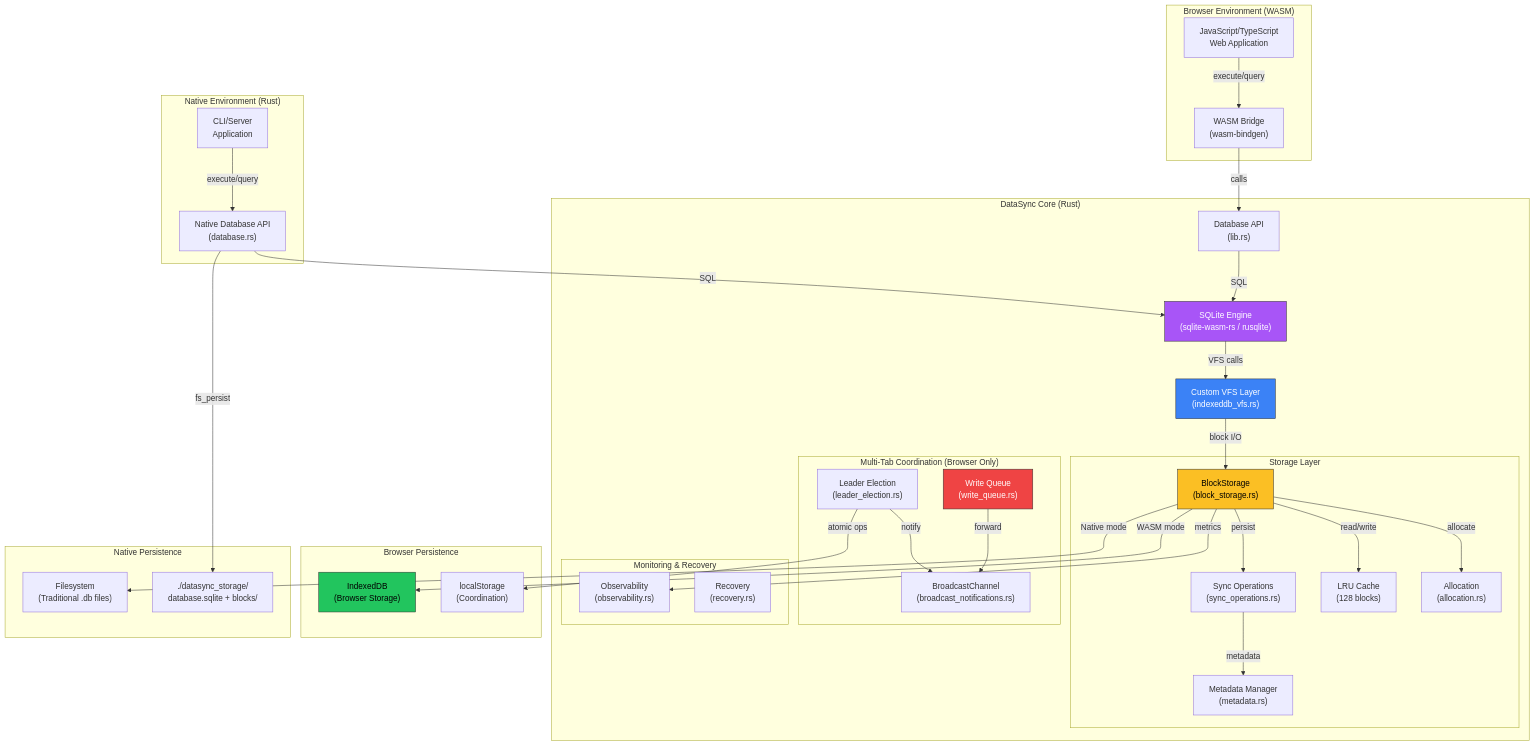
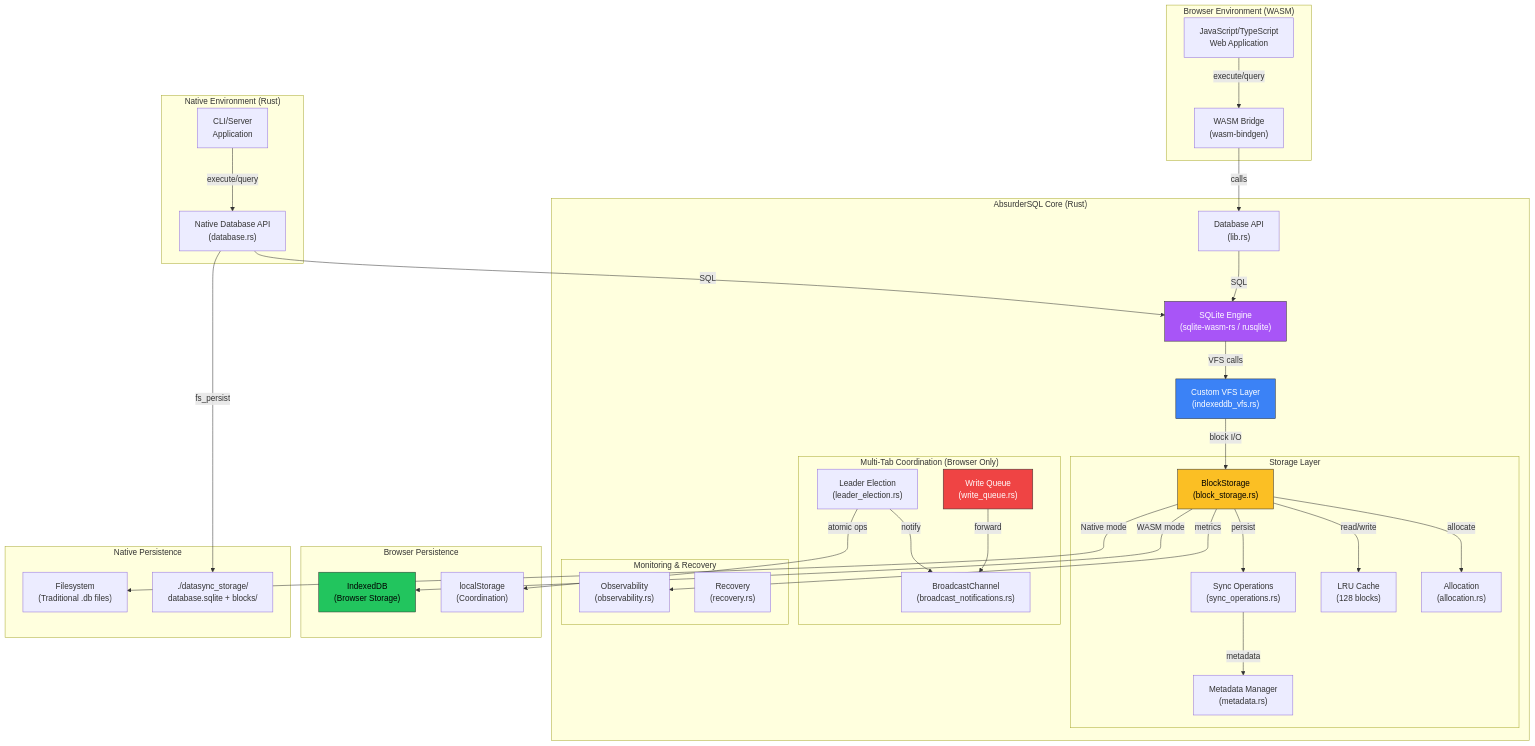
The diagram in README.md (npiesco/absurder-sql), drawn with Mermaid before and after one commit. The commit also changed other lines of this file and 94 other files, not shown here.

First line of the commit message:
feat: rename project from sqlite-indexeddb-rs to absurder-sql

````diff
--- a/README.md
+++ b/README.md
@@ -21,72 +23,72 @@
 ```mermaid
 graph TB
     subgraph "Browser Environment (WASM)"
         JS["JavaScript/TypeScript<br/>Web Application"]
         WASM["WASM Bridge<br/>(wasm-bindgen)"]
     end
     
     subgraph "Native Environment (Rust)"
         CLI["CLI/Server<br/>Application"]
         NATIVE_DB["Native Database API<br/>(database.rs)"]
     end
     
-    subgraph "DataSync Core (Rust)"
+    subgraph "AbsurderSQL Core (Rust)"
         DB["Database API<br/>(lib.rs)"]
         SQLITE["SQLite Engine<br/>(sqlite-wasm-rs / rusqlite)"]
         VFS["Custom VFS Layer<br/>(indexeddb_vfs.rs)"]
         
         subgraph "Storage Layer"
             BS["BlockStorage<br/>(block_storage.rs)"]
             SYNC["Sync Operations<br/>(sync_operations.rs)"]
             META["Metadata Manager<br/>(metadata.rs)"]
             CACHE["LRU Cache<br/>(128 blocks)"]
             ALLOC["Allocation<br/>(allocation.rs)"]
         end
         
         subgraph "Multi-Tab Coordination (Browser Only)"
             LEADER["Leader Election<br/>(leader_election.rs)"]
             BCAST["BroadcastChannel<br/>(broadcast_notifications.rs)"]
             QUEUE["Write Queue<br/>(write_queue.rs)"]
         end
         
         subgraph "Monitoring & Recovery"
             OBS["Observability<br/>(observability.rs)"]
             RECOVERY["Recovery<br/>(recovery.rs)"]
         end
     end
     
     subgraph "Browser Persistence"
         INDEXEDDB["IndexedDB<br/>(Browser Storage)"]
         LOCALSTORAGE["localStorage<br/>(Coordination)"]
     end
     
     subgraph "Native Persistence"
         FILESYSTEM["Filesystem<br/>(Traditional .db files)"]
         BLOCKS["./datasync_storage/<br/>database.sqlite + blocks/"]
     end
     
     JS -->|execute/query| WASM
     WASM -->|calls| DB
     CLI -->|execute/query| NATIVE_DB
     NATIVE_DB -->|SQL| SQLITE
     DB -->|SQL| SQLITE
     SQLITE -->|VFS calls| VFS
     VFS -->|block I/O| BS
     BS -->|read/write| CACHE
     BS -->|allocate| ALLOC
     BS -->|persist| SYNC
     SYNC -->|metadata| META
     BS -->|"WASM mode"| INDEXEDDB
     BS -->|"Native mode"| FILESYSTEM
     NATIVE_DB -->|"fs_persist"| BLOCKS
     BS -->|metrics| OBS
     LEADER -->|atomic ops| LOCALSTORAGE
     LEADER -->|notify| BCAST
     QUEUE -->|forward| BCAST
     
     style SQLITE fill:#a855f7,stroke:#333,color:#fff
     style VFS fill:#3b82f6,stroke:#333,color:#fff
     style BS fill:#fbbf24,stroke:#333,color:#000
     style INDEXEDDB fill:#22c55e,stroke:#333,color:#000
     style QUEUE fill:#ef4444,stroke:#333,color:#fff
 ```
````
